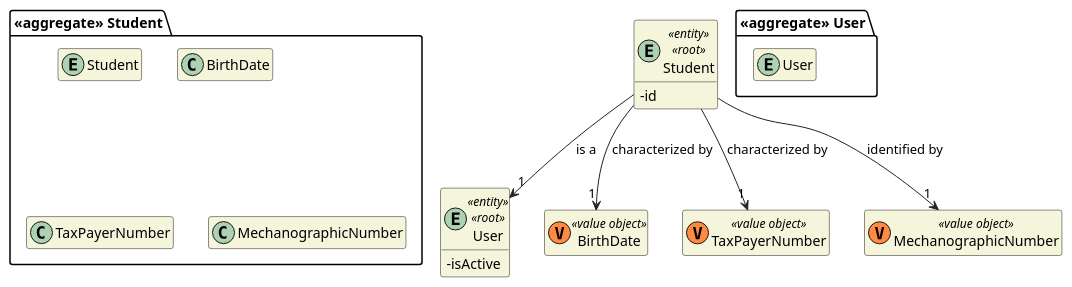
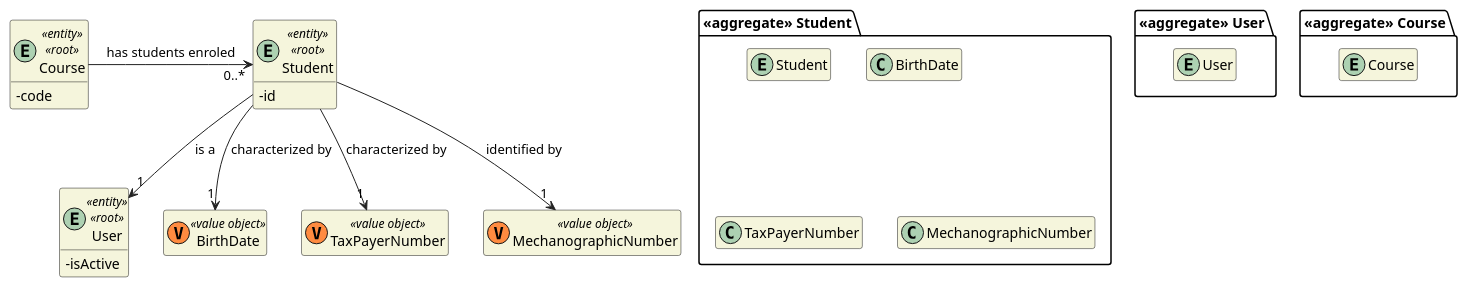
The diagram in docs/DM/DM_Student.puml (miseEnPlace-dev/lapr4), drawn with PlantUML before and after one commit. The commit also changed 4 other files, not shown here.

```diff
--- a/docs/DM/DM_Student.puml
+++ b/docs/DM/DM_Student.puml
@@ -1,40 +1,50 @@
 @startuml DM-STUDENT
 'https://plantuml.com/class-diagram
 
 skinparam classAttributeIconSize 0
 hide empty attributes
 hide empty methods
 skinparam classBackgroundColor beige
 skinparam ArrowColor #222222
 
 package "<<aggregate>> User" {
     entity User
 }
 
 entity User <<entity>> <<root>> {
     - isActive
+}
+
+package "<<aggregate>> Course" {
+    entity Course
+}
+
+entity Course <<entity>> <<root>> {
+    - code
 }
 
 package "<<aggregate>> Student" {
     entity Student
 
     class BirthDate
     class TaxPayerNumber
     class MechanographicNumber
 }
 
 entity Student <<entity>> <<root>> {
   -id
 }
 
 class BirthDate <<(V,#FF8B40) value object>> {}
 class TaxPayerNumber <<(V,#FF8B40) value object>> {}
 class MechanographicNumber <<(V,#FF8B40) value object>> {}
 
 Student --> "1" BirthDate : characterized by
 Student --> "1" TaxPayerNumber : characterized by
 Student --> "1" MechanographicNumber : identified by
 
 Student --> "1" User : is a
 
+Course -> "0..*" Student : has students enroled
+
 @enduml
```
